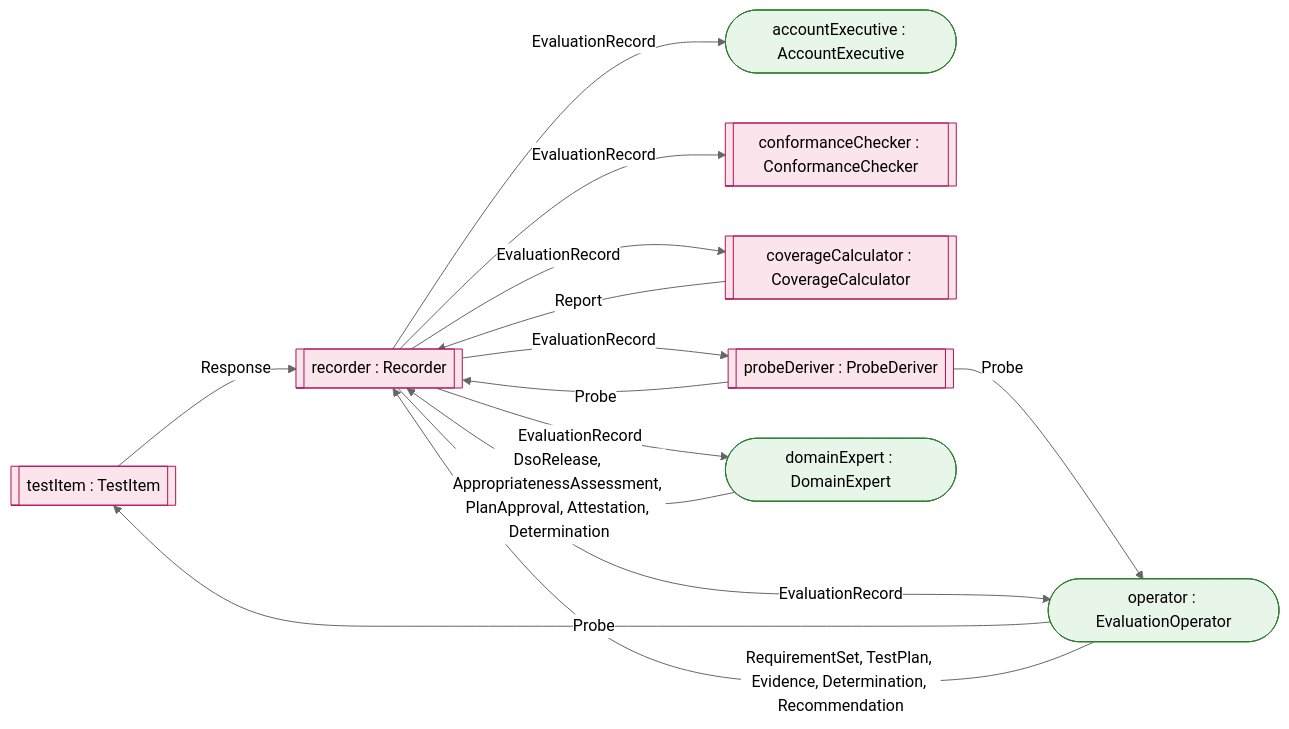
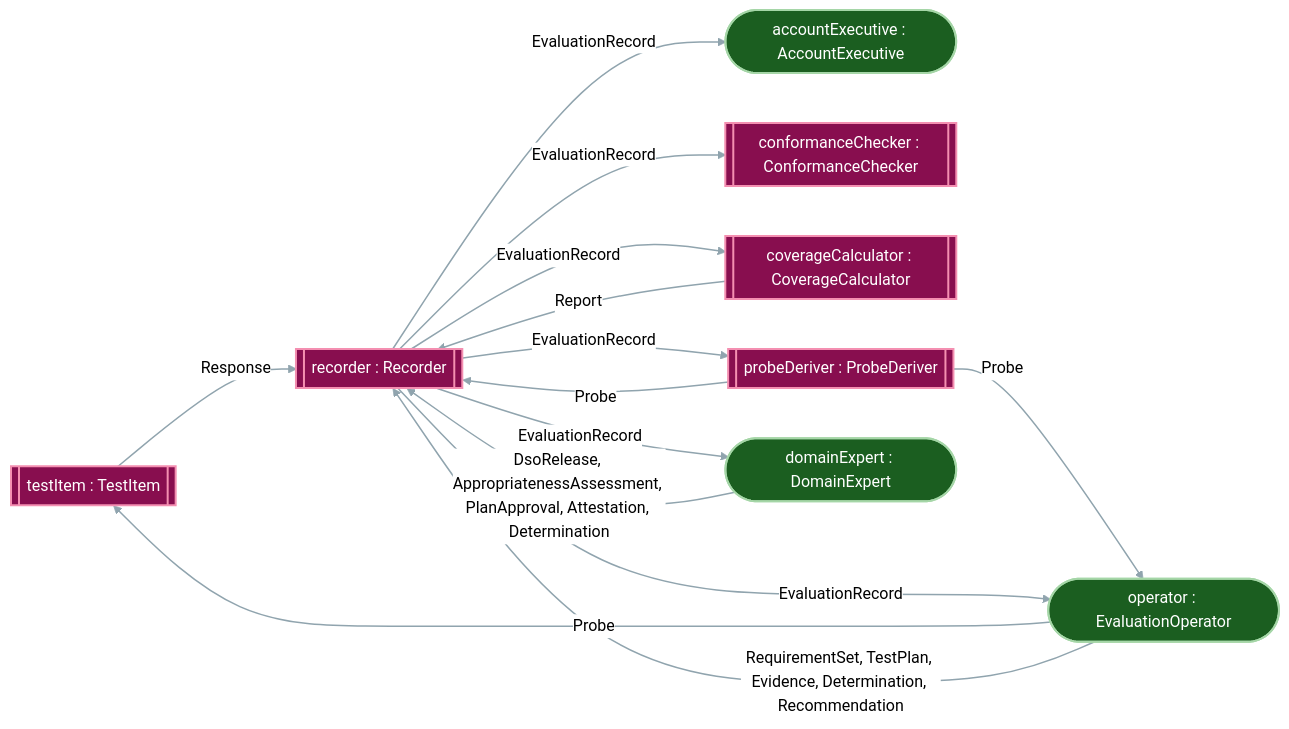
The diagram in generated/wiring-evaluation.md (DynamicalSystemsGroup/og-caie-spec), drawn with Mermaid (neutral theme) before and after one commit. The commit also changed 5 other files, not shown here.

````diff
--- a/generated/wiring-evaluation.md
+++ b/generated/wiring-evaluation.md
@@ -1,29 +1,31 @@
 ```{mermaid}
 flowchart LR
   accountable_testItem[["testItem : TestItem"]]
   testingOrg_accountExecutive(["accountExecutive : AccountExecutive"])
   testingOrg_conformanceChecker[["conformanceChecker : ConformanceChecker"]]
   testingOrg_coverageCalculator[["coverageCalculator : CoverageCalculator"]]
   testingOrg_probeDeriver[["probeDeriver : ProbeDeriver"]]
   testingOrg_recorder[["recorder : Recorder"]]
   testingOrg_team_domainExpert(["domainExpert : DomainExpert"])
   testingOrg_team_operator(["operator : EvaluationOperator"])
   accountable_testItem -- "Response" --> testingOrg_recorder
   testingOrg_coverageCalculator -- "Report" --> testingOrg_recorder
   testingOrg_probeDeriver -- "Probe" --> testingOrg_recorder
   testingOrg_probeDeriver -- "Probe" --> testingOrg_team_operator
   testingOrg_recorder -- "EvaluationRecord" --> testingOrg_accountExecutive
   testingOrg_recorder -- "EvaluationRecord" --> testingOrg_conformanceChecker
   testingOrg_recorder -- "EvaluationRecord" --> testingOrg_coverageCalculator
   testingOrg_recorder -- "EvaluationRecord" --> testingOrg_probeDeriver
   testingOrg_recorder -- "EvaluationRecord" --> testingOrg_team_domainExpert
   testingOrg_recorder -- "EvaluationRecord" --> testingOrg_team_operator
   testingOrg_team_domainExpert -- "DsoRelease, AppropriatenessAssessment, PlanApproval, Attestation, Determination" --> testingOrg_recorder
   testingOrg_team_operator -- "Probe" --> accountable_testItem
   testingOrg_team_operator -- "RequirementSet, TestPlan, Evidence, Determination, Recommendation" --> testingOrg_recorder
-  classDef person fill:#e8f5e9,stroke:#2e7d32;
-  classDef machine fill:#fce4ec,stroke:#ad1457;
-  classDef party fill:#fff8e1,stroke:#f9a825,stroke-dasharray: 4 4;
+  classDef person fill:#1b5e20,stroke:#a5d6a7,stroke-width:2px,color:#ffffff;
+  classDef machine fill:#880e4f,stroke:#f48fb1,stroke-width:2px,color:#ffffff;
+  classDef party fill:#f9a825,stroke:#e65100,stroke-width:2px,stroke-dasharray: 6 3,color:#000000;
+  classDef organization fill:#37474f,stroke:#cfd8dc,stroke-width:2px,color:#ffffff;
+  linkStyle default stroke:#90a4ae,stroke-width:1.5px;
   class testingOrg_accountExecutive,testingOrg_team_domainExpert,testingOrg_team_operator person;
   class accountable_testItem,testingOrg_conformanceChecker,testingOrg_coverageCalculator,testingOrg_probeDeriver,testingOrg_recorder machine;
 ```
````
